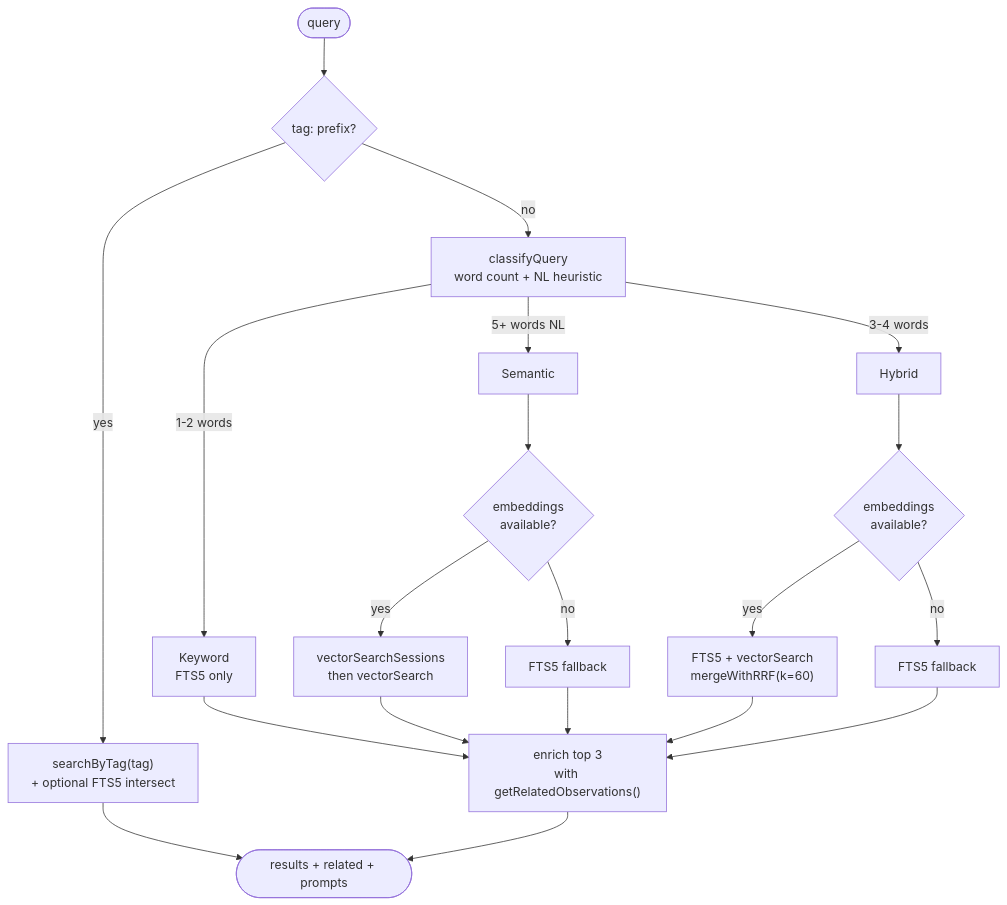
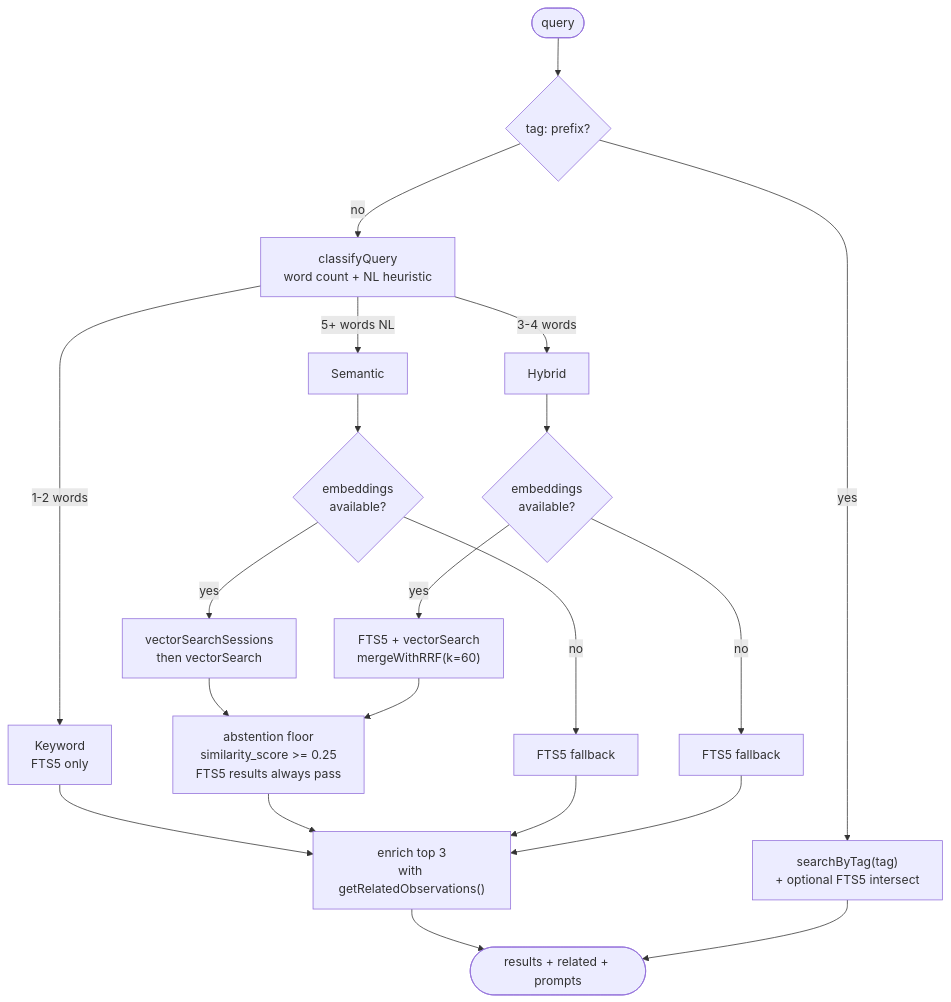
One commit to mrlesmithjr/claude-context-manager changed the seventh of 7 diagrams in docs/ARCHITECTURE.md. Above: the diagram before and after it, drawn with Mermaid. The commit also changed other lines of this file and 16 other files, not shown here.

First line of the commit message:
feat: add SHA256 dedup, semantic dedup, and search abstention floor (v0.8.7)

````diff
--- a/docs/ARCHITECTURE.md
+++ b/docs/ARCHITECTURE.md
@@ -669,22 +677,25 @@
 ```mermaid
 flowchart TD
     Q([query]) --> TAG{tag: prefix?}
     TAG -->|yes| TAGF["searchByTag(tag)\n+ optional FTS5 intersect"]
     TAG -->|no| CQ[classifyQuery\nword count + NL heuristic]
 
     CQ -->|1-2 words| KW[Keyword\nFTS5 only]
     CQ -->|5+ words NL| SEM[Semantic]
     CQ -->|3-4 words| HYB[Hybrid]
 
     SEM --> VEC{embeddings\navailable?}
     VEC -->|yes| VS[vectorSearchSessions\nthen vectorSearch]
     VEC -->|no| FB1[FTS5 fallback]
 
     HYB --> VEC2{embeddings\navailable?}
     VEC2 -->|yes| RRF["FTS5 + vectorSearch\nmergeWithRRF(k=60)"]
     VEC2 -->|no| FB2[FTS5 fallback]
 
-    KW & VS & RRF & FB1 & FB2 --> ENR["enrich top 3\nwith getRelatedObservations()"]
+    VS --> FLOOR1["abstention floor\nsimilarity_score >= 0.25\nFTS5 results always pass"]
+    RRF --> FLOOR1
+
+    KW & FLOOR1 & FB1 & FB2 --> ENR["enrich top 3\nwith getRelatedObservations()"]
     ENR --> OUT([results + related + prompts])
     TAGF --> OUT
 ```
````
